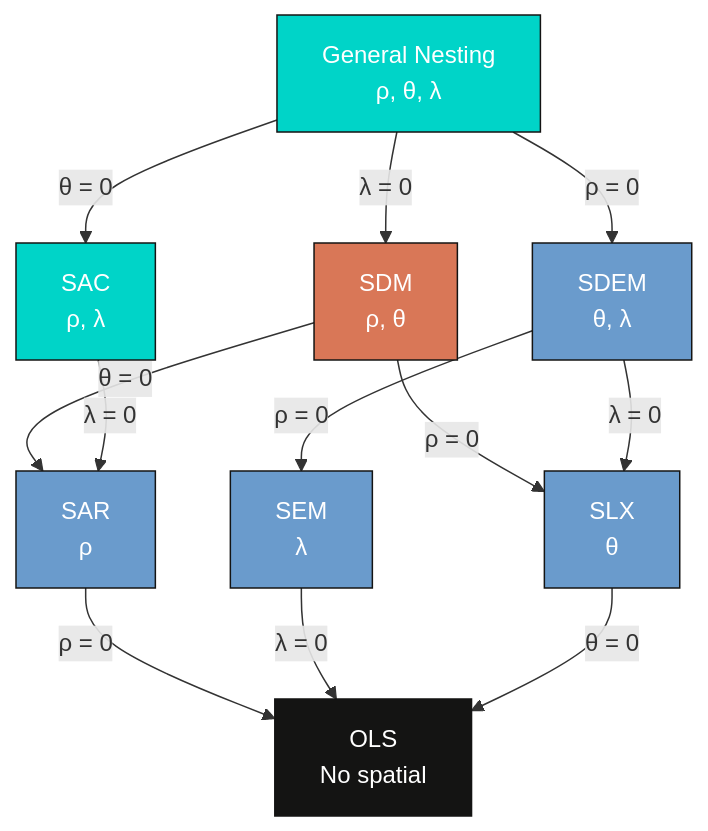
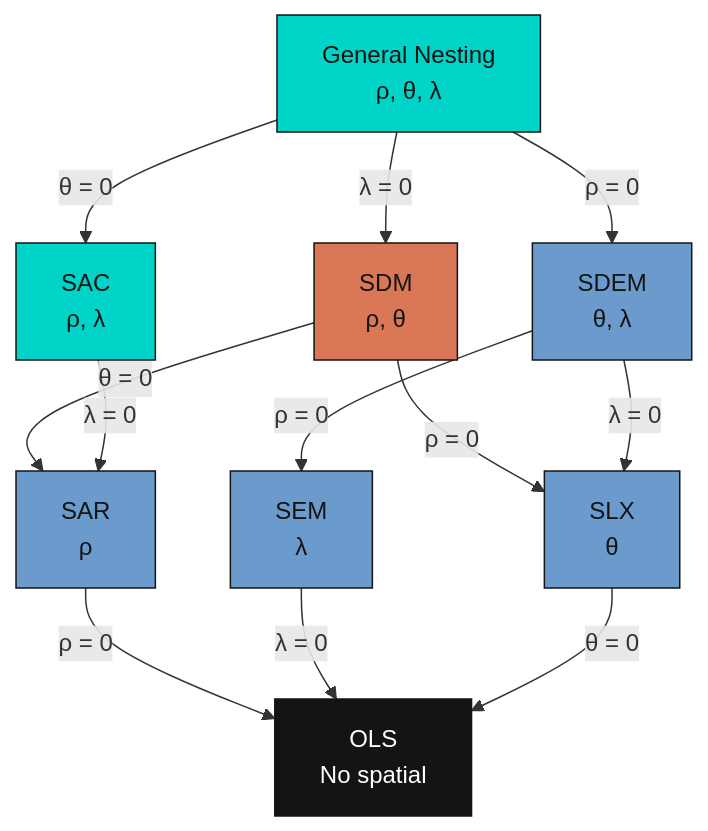
One commit to cmg777/starter-academic-v501 changed the second of 2 diagrams in content/post/r_SDPDmod/index.md. Above: the diagram before and after it, drawn with Mermaid. The commit also changed other lines of this file and 67 other files, not shown here.

First line of the commit message:
fix(mermaid): readable diagram text in both themes across the site

````diff
--- a/content/post/r_SDPDmod/index.md
+++ b/content/post/r_SDPDmod/index.md
@@ -442,23 +442,23 @@
 ```mermaid
 graph TD
     GNS["General Nesting<br/>ρ, θ, λ"] -->|"λ = 0"| SDM["SDM<br/>ρ, θ"]
     GNS -->|"θ = 0"| SAC["SAC<br/>ρ, λ"]
     GNS -->|"ρ = 0"| SDEM["SDEM<br/>θ, λ"]
     SDM -->|"θ = 0"| SAR["SAR<br/>ρ"]
     SDM -->|"ρ = 0"| SLX["SLX<br/>θ"]
     SAC -->|"λ = 0"| SAR
     SDEM -->|"ρ = 0"| SEM["SEM<br/>λ"]
     SDEM -->|"λ = 0"| SLX
     SAR -->|"ρ = 0"| OLS["OLS<br/>No spatial"]
     SEM -->|"λ = 0"| OLS
     SLX -->|"θ = 0"| OLS
 
-    style SDM fill:#d97757,stroke:#141413,color:#fff
-    style SAR fill:#6a9bcc,stroke:#141413,color:#fff
-    style SEM fill:#6a9bcc,stroke:#141413,color:#fff
-    style SDEM fill:#6a9bcc,stroke:#141413,color:#fff
-    style SLX fill:#6a9bcc,stroke:#141413,color:#fff
+    style SDM fill:#d97757,stroke:#141413,color:#141413
+    style SAR fill:#6a9bcc,stroke:#141413,color:#141413
+    style SEM fill:#6a9bcc,stroke:#141413,color:#141413
+    style SDEM fill:#6a9bcc,stroke:#141413,color:#141413
+    style SLX fill:#6a9bcc,stroke:#141413,color:#141413
     style OLS fill:#141413,stroke:#141413,color:#fff
-    style GNS fill:#00d4c8,stroke:#141413,color:#fff
-    style SAC fill:#00d4c8,stroke:#141413,color:#fff
+    style GNS fill:#00d4c8,stroke:#141413,color:#141413
+    style SAC fill:#00d4c8,stroke:#141413,color:#141413
 ```
````
